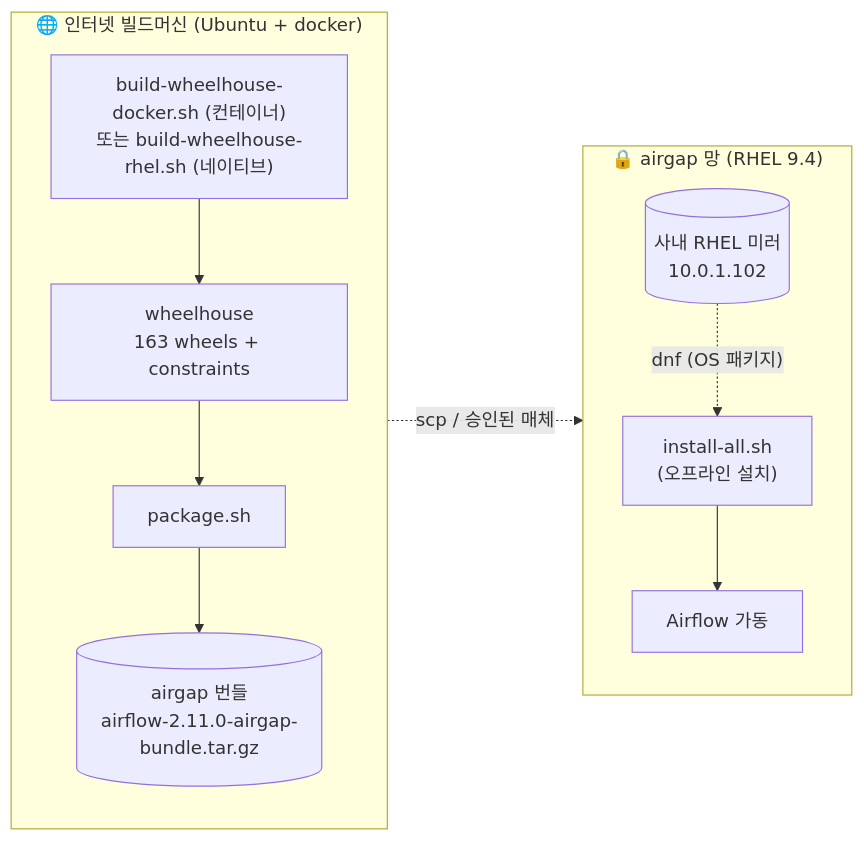
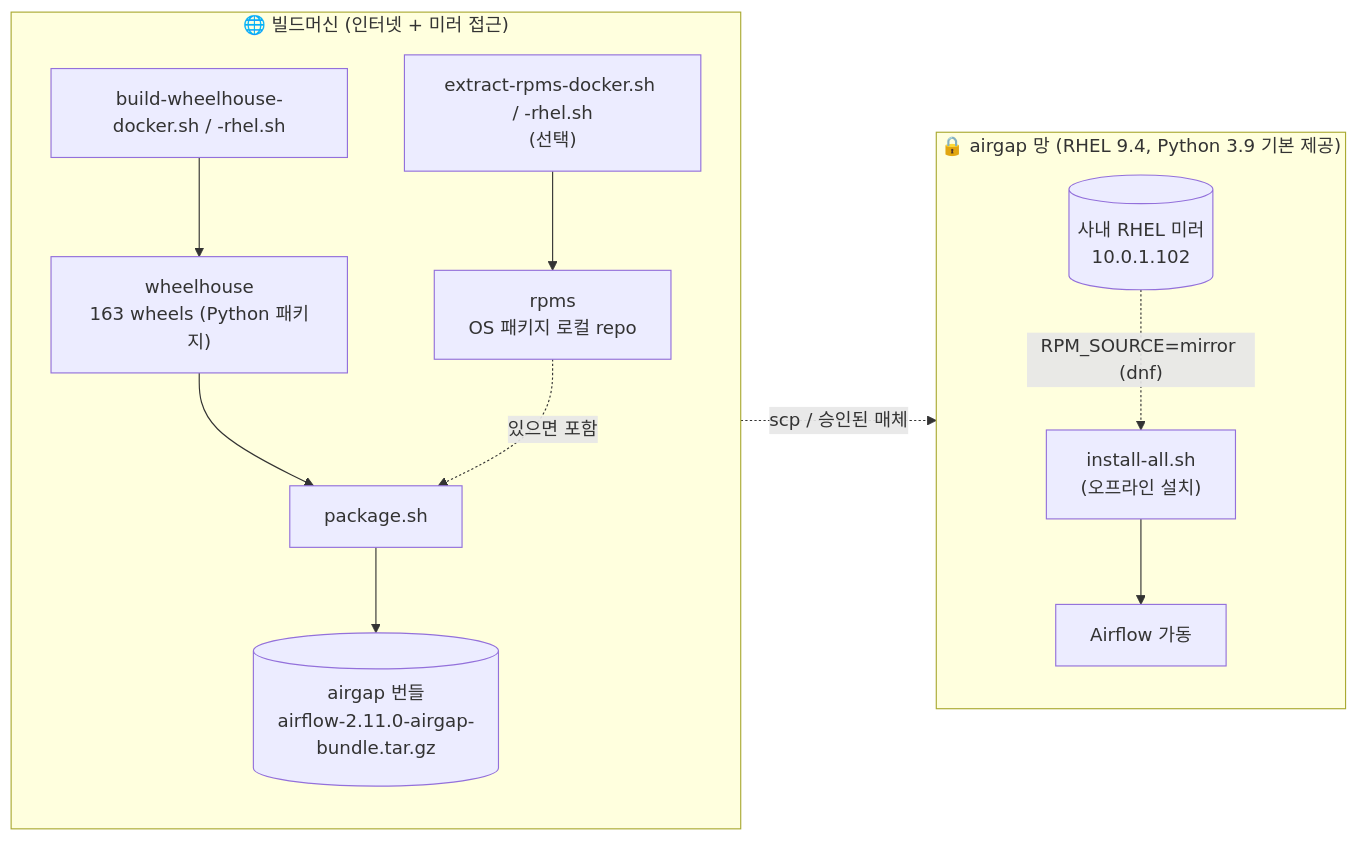
Before and after one commit to DataDynamics/airflow-installation: the first of 4 diagrams in README.md, drawn with Mermaid. The commit also changed other lines of this file and 8 other files, not shown here.

First line of the commit message:
Add OS RPM extraction for fully-offline install (RPM_SOURCE=bundle)

````diff
--- a/README.md
+++ b/README.md
@@ -16,17 +16,19 @@
 ```mermaid
 flowchart LR
-  subgraph BUILD["🌐 인터넷 빌드머신 (Ubuntu + docker)"]
+  subgraph BUILD["🌐 빌드머신 (인터넷 + 미러 접근)"]
     direction TB
-    A["build-wheelhouse-docker.sh (컨테이너)<br/>또는 build-wheelhouse-rhel.sh (네이티브)"] --> B["wheelhouse<br/>163 wheels + constraints"]
+    A["build-wheelhouse-docker.sh / -rhel.sh"] --> B["wheelhouse<br/>163 wheels (Python 패키지)"]
+    A2["extract-rpms-docker.sh / -rhel.sh<br/>(선택)"] --> B2["rpms<br/>OS 패키지 로컬 repo"]
     B --> C["package.sh"]
+    B2 -. "있으면 포함" .-> C
     C --> D[("airgap 번들<br/>airflow-2.11.0-airgap-bundle.tar.gz")]
   end
 
   D -. "scp / 승인된 매체" .-> E
 
-  subgraph AIR["🔒 airgap 망 (RHEL 9.4)"]
+  subgraph AIR["🔒 airgap 망 (RHEL 9.4, Python 3.9 기본 제공)"]
     direction TB
-    M[("사내 RHEL 미러<br/>10.0.1.102")] -. "dnf (OS 패키지)" .-> E
+    M[("사내 RHEL 미러<br/>10.0.1.102")] -. "RPM_SOURCE=mirror (dnf)" .-> E
     E["install-all.sh<br/>(오프라인 설치)"] --> F["Airflow 가동"]
   end
 ```
````
